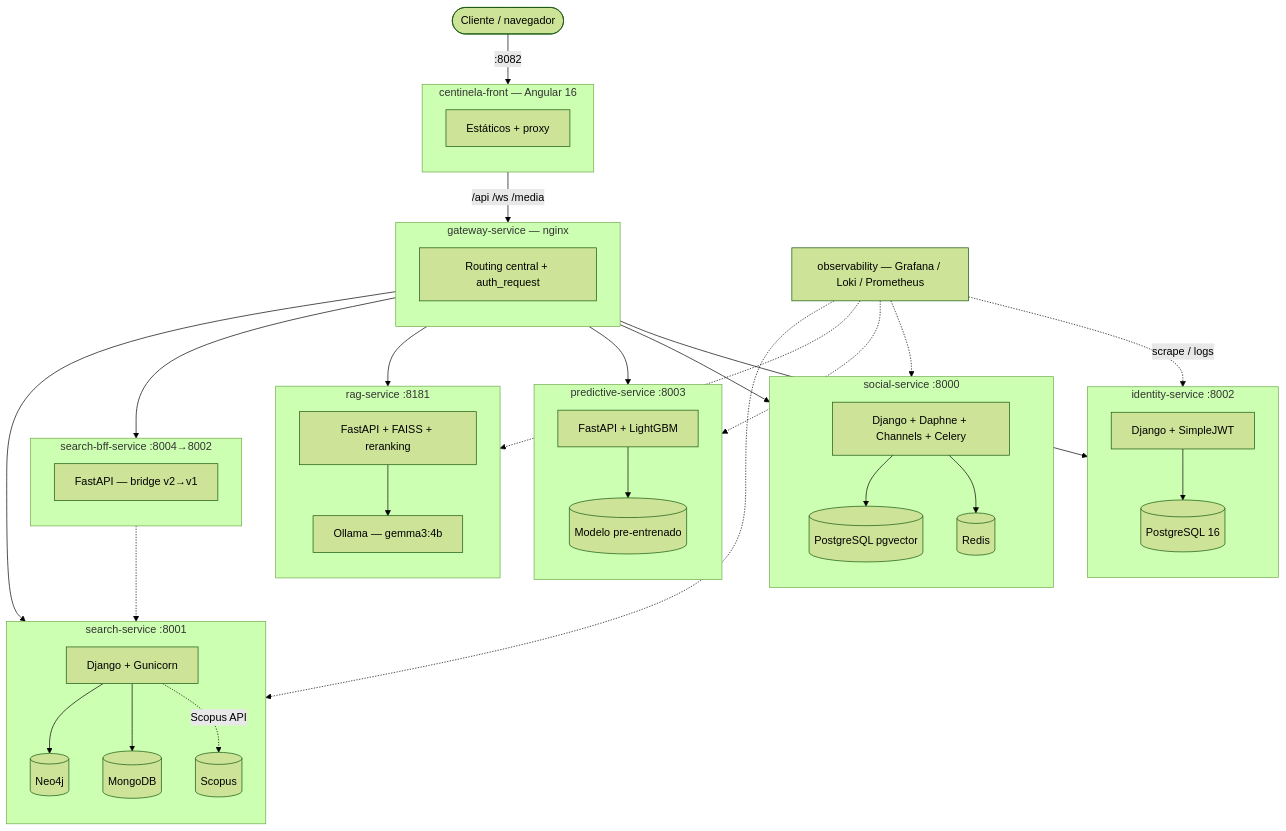
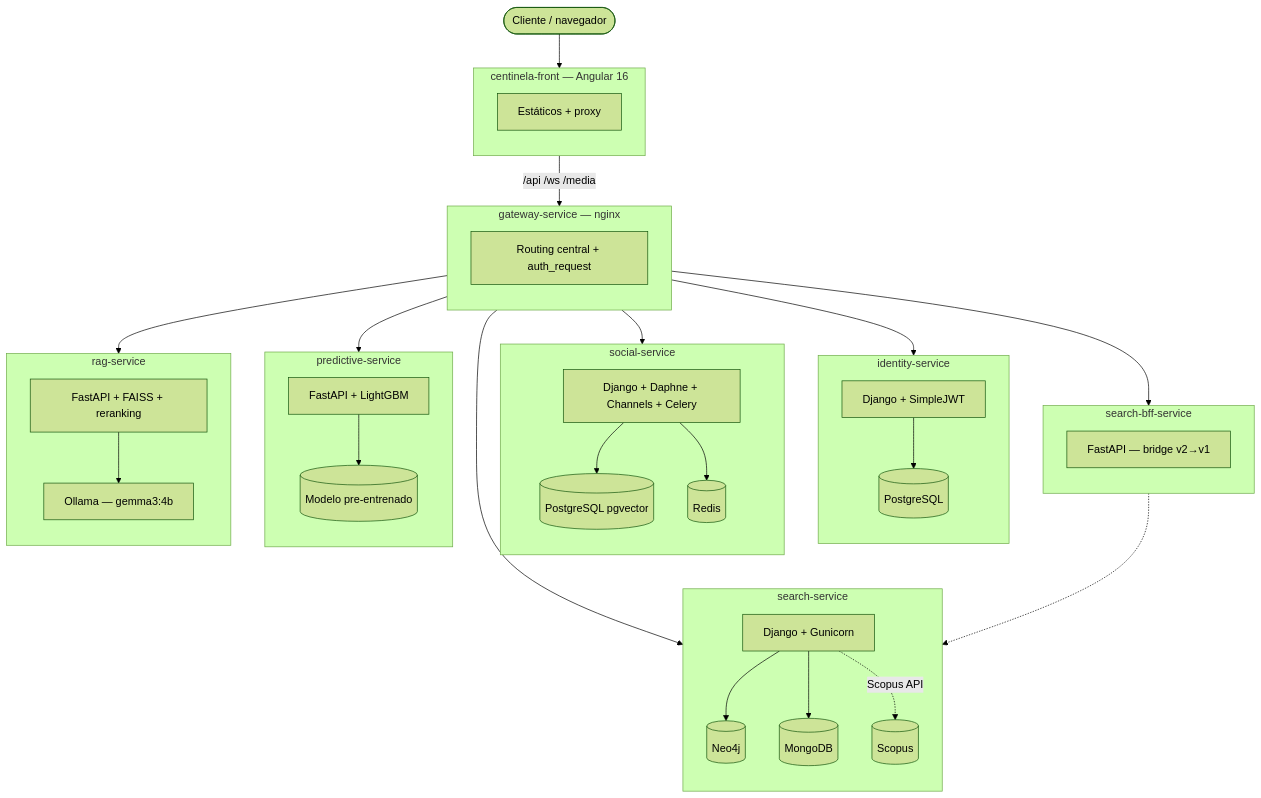
The diagram in profile/README.md (PlataformaIntegradaInvestigadores/.github), drawn with Mermaid (forest theme) before and after one commit. The commit also changed other lines of this file, not shown here.

````diff
--- a/profile/README.md
+++ b/profile/README.md
@@ -11,63 +11,57 @@
 ```mermaid
 flowchart TB
-    Cliente(["Cliente / navegador"]) -->|":8082"| Frontend
+    Cliente(["Cliente / navegador"]) --> Frontend
 
     subgraph Frontend["centinela-front — Angular 16"]
         direction TB
         FE[Estáticos + proxy]
     end
 
     Frontend -->|"/api /ws /media"| Gateway
 
     subgraph Gateway["gateway-service — nginx"]
         direction TB
         GW["Routing central + auth_request"]
     end
 
     Gateway --> Identity
     Gateway --> Social
     Gateway --> Search
     Gateway --> SearchBff
     Gateway --> Predictive
     Gateway --> RAG
 
-    subgraph Identity["identity-service :8002"]
+    subgraph Identity["identity-service"]
         direction TB
-        ID["Django + SimpleJWT"] --> IDDB[(PostgreSQL 16)]
+        ID["Django + SimpleJWT"] --> IDDB[(PostgreSQL)]
     end
 
-    subgraph Social["social-service :8000"]
+    subgraph Social["social-service"]
         direction TB
         SO["Django + Daphne + Channels + Celery"] --> SODB[(PostgreSQL pgvector)]
         SO --> SORD[(Redis)]
     end
 
-    subgraph Search["search-service :8001"]
+    subgraph Search["search-service"]
         direction TB
         SE["Django + Gunicorn"] --> SENEO[(Neo4j)]
         SE --> SEMONGO[(MongoDB)]
         SE -.->|Scopus API| SCOPUS[(Scopus)]
     end
 
-    subgraph SearchBff["search-bff-service :8004→8002"]
+    subgraph SearchBff["search-bff-service"]
         direction TB
         MS["FastAPI — bridge v2→v1"]
     end
     MS -.-> SE
 
-    subgraph Predictive["predictive-service :8003"]
+    subgraph Predictive["predictive-service"]
         direction TB
         PR["FastAPI + LightGBM"] --> PRFILE[("Modelo pre-entrenado")]
     end
 
-    subgraph RAG["rag-service :8181"]
+    subgraph RAG["rag-service"]
         direction TB
         RG["FastAPI + FAISS + reranking"] --> OLLAMA["Ollama — gemma3:4b"]
     end
-
-    Observability["observability — Grafana / Loki / Prometheus"] -.->|scrape / logs| Identity
-    Observability -.-> Social
-    Observability -.-> Search
-    Observability -.-> Predictive
-    Observability -.-> RAG
 ```
````
